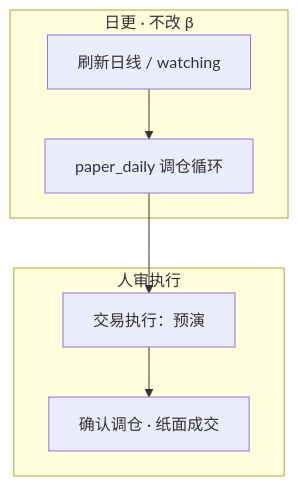
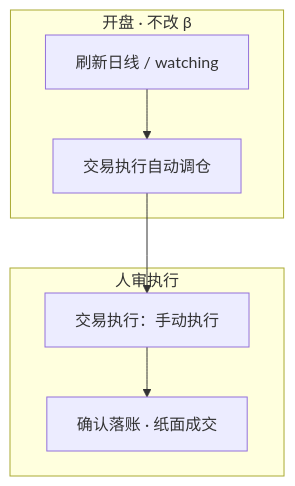
One commit to KaimingGao/workspace_gaokm changed the diagram in quantlab/docs/quant.md. Above: the diagram before and after it, drawn with Mermaid. The commit also changed other lines of this file and 63 other files, not shown here.

Commit message:
收盘纸面日更下线：持仓规则日循环、paper_daily 调度、/api/paper/run 和 paper_run.py --run 不再成交；平台页撤掉，/platform 转到交易执行。开盘调仓仍在交易执行。交易执行页头不再切换「可拉远端」和成本模型，ŷ 只读已物化特征，日 K / 5m 补齐只留数据中心。

````diff
--- a/quantlab/docs/quant.md
+++ b/quantlab/docs/quant.md
@@ -654,10 +654,10 @@
 ```mermaid
 flowchart TD
-  subgraph daily [日更 · 不改 β]
-    B[刷新日线 / watching] --> C[paper_daily 调仓循环]
+  subgraph daily [开盘 · 不改 β]
+    B[刷新日线 / watching] --> C[交易执行自动调仓]
   end
   subgraph human [人审执行]
-    C --> V[交易执行：预演]
-    V --> X[确认调仓 · 纸面成交]
+    C --> V[交易执行：手动执行]
+    V --> X[确认落账 · 纸面成交]
   end
 ```
````
